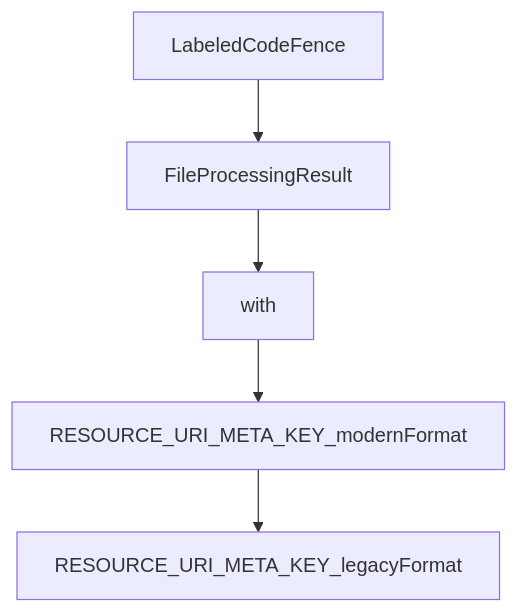
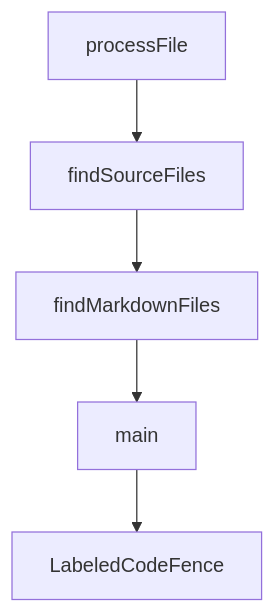
Before and after one commit to johnxie/awesome-code-docs: the diagram in tutorials/mcp-ext-apps-tutorial/04-host-bridge-and-context-management.md, drawn with Mermaid. The commit also changed other lines of this file and 1232 other files, not shown here.

````diff
--- a/tutorials/mcp-ext-apps-tutorial/04-host-bridge-and-context-management.md
+++ b/tutorials/mcp-ext-apps-tutorial/04-host-bridge-and-context-management.md
@@ -215,12 +213,12 @@
 ```mermaid
 flowchart TD
-    A[LabeledCodeFence]
-    B[FileProcessingResult]
-    C[with]
-    D[RESOURCE_URI_META_KEY_modernFormat]
-    E[RESOURCE_URI_META_KEY_legacyFormat]
+    A[processFile]
+    B[findSourceFiles]
+    C[findMarkdownFiles]
+    D[main]
+    E[LabeledCodeFence]
     A --> B
     B --> C
     C --> D
     D --> E
 ```
````
